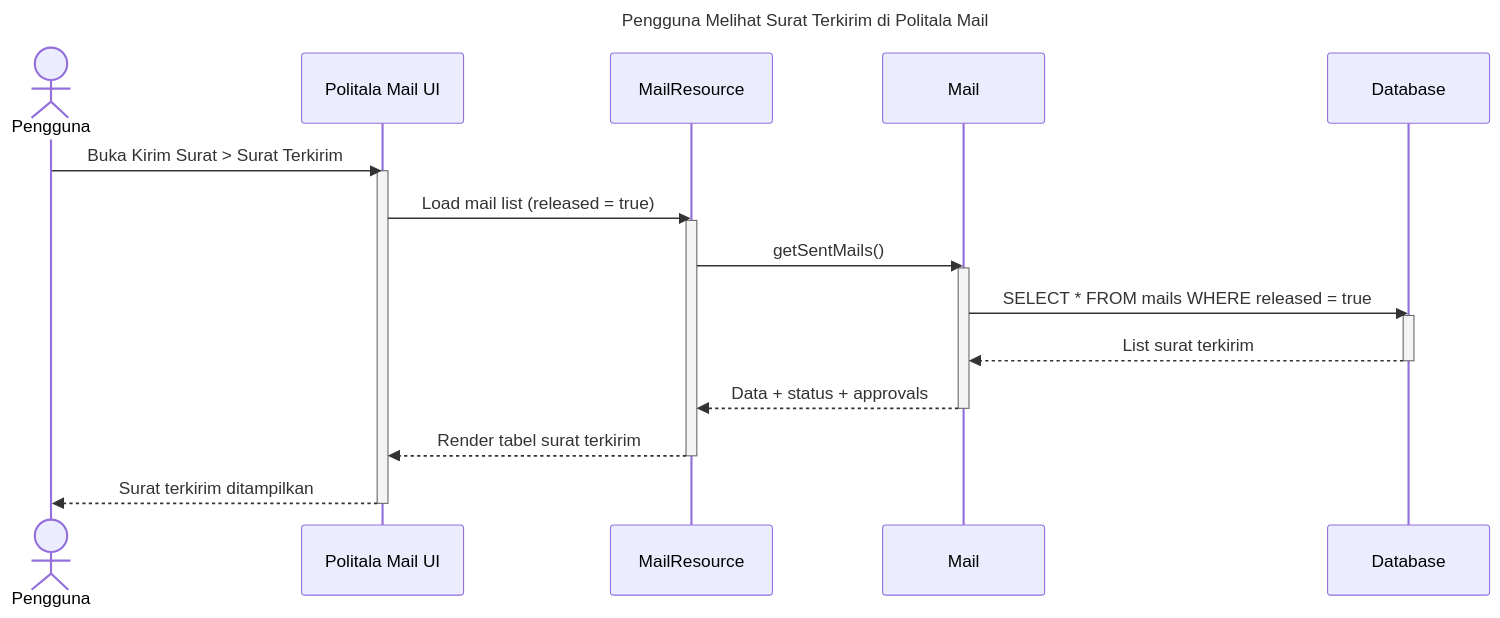
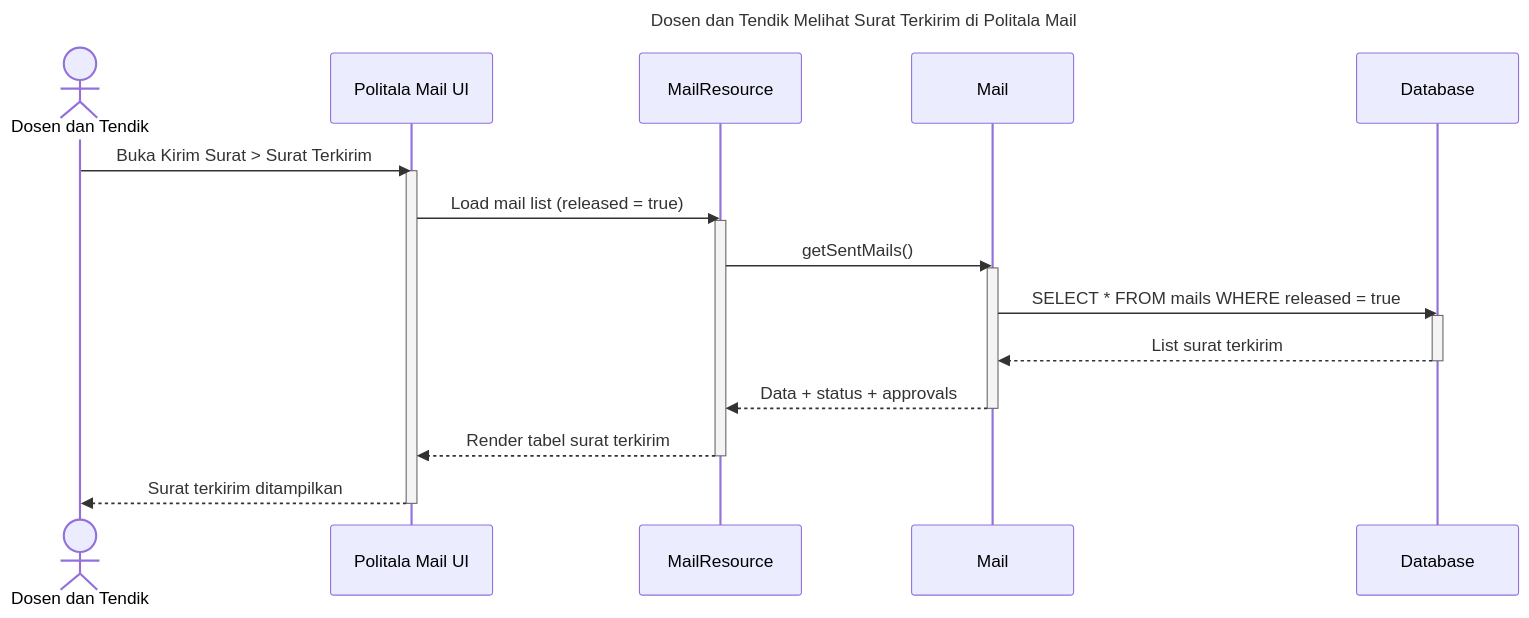
The diagram in Manage Sent Mails/read sent.md (davidhadinugroho24601/UML-politala-mail), drawn with Mermaid before and after one commit. The commit also changed 9 other files, not shown here.

````diff
--- a/Manage Sent Mails/read sent.md
+++ b/Manage Sent Mails/read sent.md
@@ -1,30 +1,30 @@
 ```mermaid
 
 sequenceDiagram
-    title Pengguna Melihat Surat Terkirim di Politala Mail
+    title Dosen dan Tendik Melihat Surat Terkirim di Politala Mail
 
-    actor Pengguna
+    actor Dosen dan Tendik
     participant FilamentUI as Politala Mail UI
     participant MailResource
     participant MailModel as Mail
     participant DB as Database
 
-    Pengguna ->> FilamentUI: Buka Kirim Surat > Surat Terkirim
+    Dosen dan Tendik ->> FilamentUI: Buka Kirim Surat > Surat Terkirim
     activate FilamentUI
     FilamentUI ->> MailResource: Load mail list (released = true)
     activate MailResource
     MailResource ->> MailModel: getSentMails()
     activate MailModel
     MailModel ->> DB: SELECT * FROM mails WHERE released = true
     activate DB
     DB -->> MailModel: List surat terkirim
     deactivate DB
     MailModel -->> MailResource: Data + status + approvals
     deactivate MailModel
     MailResource -->> FilamentUI: Render tabel surat terkirim
     deactivate MailResource
-    FilamentUI -->> Pengguna: Surat terkirim ditampilkan
+    FilamentUI -->> Dosen dan Tendik: Surat terkirim ditampilkan
     deactivate FilamentUI
 
 
 ```
````
